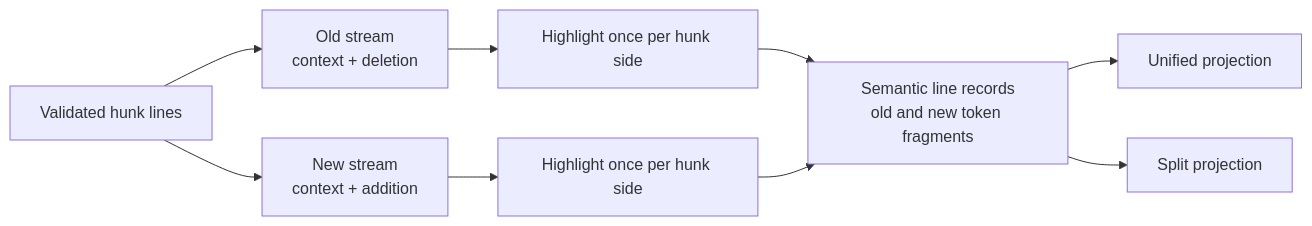
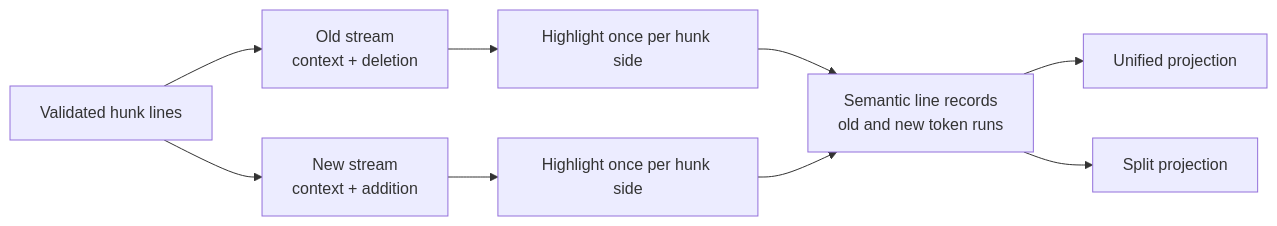
Before and after one commit to jlevy/metabrowser: the diagram in docs/project/specs/active/plan-2026-08-24-diff-syntax-highlighting-and-layouts.md, drawn with Mermaid. The commit also changed other lines of this file and 1 other file, not shown here.

````diff
--- a/docs/project/specs/active/plan-2026-08-24-diff-syntax-highlighting-and-layouts.md
+++ b/docs/project/specs/active/plan-2026-08-24-diff-syntax-highlighting-and-layouts.md
@@ -101,11 +105,11 @@
 ```mermaid
 flowchart LR
     H[Validated hunk lines] --> O[Old stream<br />context + deletion]
     H --> N[New stream<br />context + addition]
     O --> OH[Highlight once per hunk side]
     N --> NH[Highlight once per hunk side]
-    OH --> M[Semantic line records<br />old and new token fragments]
+    OH --> M[Semantic line records<br />old and new token runs]
     NH --> M
     M --> U[Unified projection]
     M --> S[Split projection]
 ```
````
